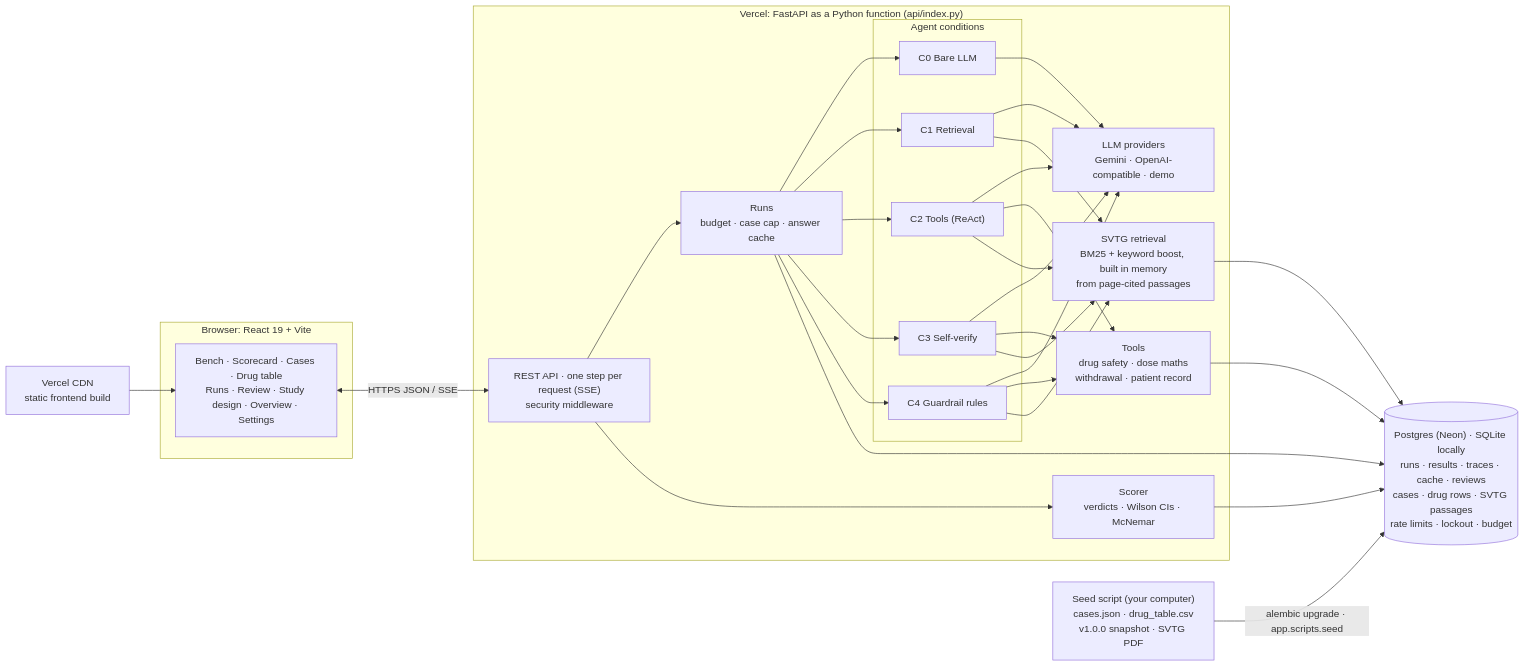
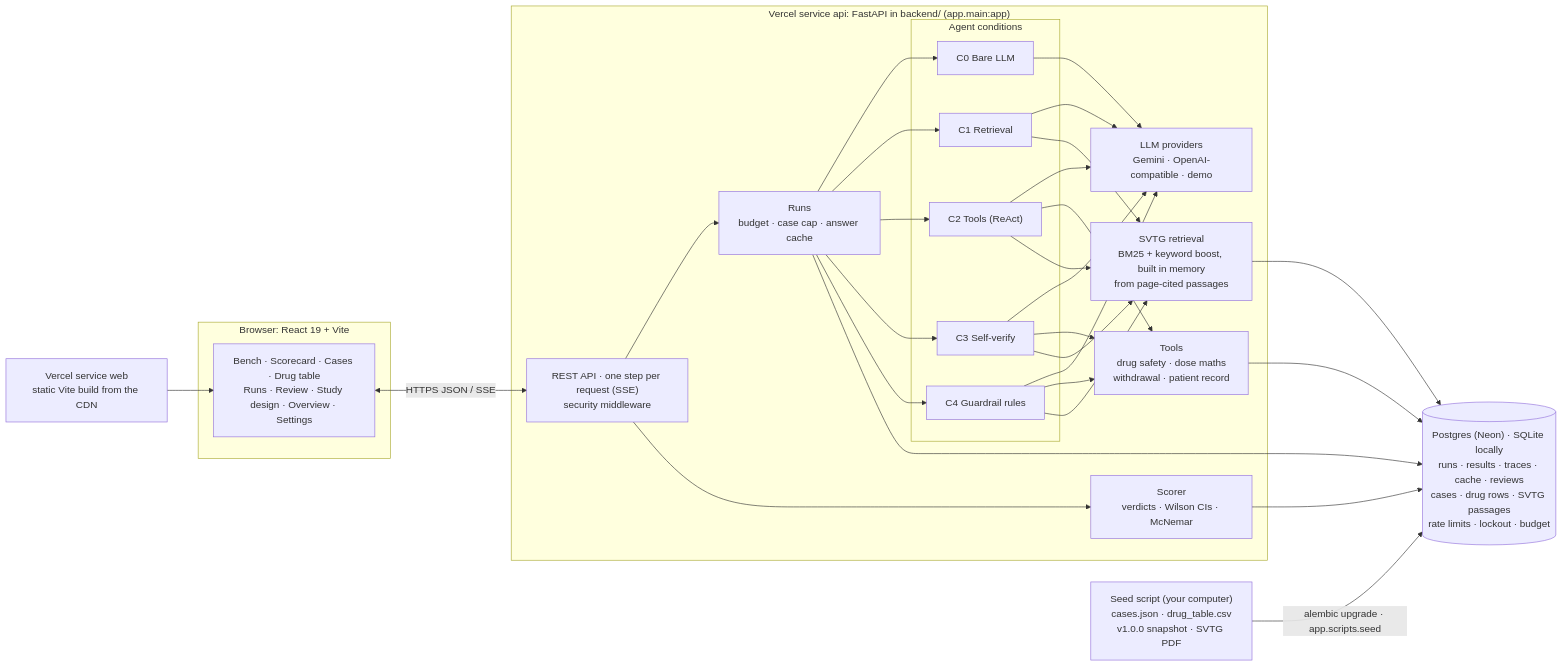
Before and after one commit to Shubhomoy919/VetAgent: the diagram in README.md, drawn with Mermaid. The commit also changed other lines of this file and 13 other files, not shown here.

First line of the commit message:
Deploy with Vercel Services: a web service for the frontend and an api service for FastAPI

````diff
--- a/README.md
+++ b/README.md
@@ -173,40 +173,40 @@
 ```mermaid
 flowchart LR
   subgraph Browser["Browser: React 19 + Vite"]
     UI["Bench · Scorecard · Cases · Drug table<br/>Runs · Review · Study design · Overview · Settings"]
   end
 
-  subgraph Server["Vercel: FastAPI as a Python function (api/index.py)"]
+  subgraph Server["Vercel service api: FastAPI in backend/ (app.main:app)"]
     API["REST API · one step per request (SSE)<br/>security middleware"]
     MGR["Runs<br/>budget · case cap · answer cache"]
     subgraph Agents["Agent conditions"]
       C0["C0 Bare LLM"]
       C1["C1 Retrieval"]
       C2["C2 Tools (ReAct)"]
       C3["C3 Self-verify"]
       C4["C4 Guardrail rules"]
     end
     TOOLS["Tools<br/>drug safety · dose maths<br/>withdrawal · patient record"]
     RET["SVTG retrieval<br/>BM25 + keyword boost, built in memory<br/>from page-cited passages"]
     SCORE["Scorer<br/>verdicts · Wilson CIs · McNemar"]
     LLM["LLM providers<br/>Gemini · OpenAI-compatible · demo"]
   end
 
   DB[("Postgres (Neon) · SQLite locally<br/>runs · results · traces · cache · reviews<br/>cases · drug rows · SVTG passages<br/>rate limits · lockout · budget")]
   SEED["Seed script (your computer)<br/>cases.json · drug_table.csv<br/>v1.0.0 snapshot · SVTG PDF"]
 
-  CDN["Vercel CDN<br/>static frontend build"] --> UI
+  CDN["Vercel service web<br/>static Vite build from the CDN"] --> UI
   UI <-->|"HTTPS JSON / SSE"| API
   API --> MGR
   MGR --> C0 & C1 & C2 & C3 & C4
   C0 & C1 & C2 & C3 & C4 --> LLM
   C1 --> RET
   C2 & C3 & C4 --> TOOLS
   C2 & C3 & C4 --> RET
   TOOLS --> DB
   RET --> DB
   MGR --> DB
   API --> SCORE
   SCORE --> DB
   SEED -->|"alembic upgrade · app.scripts.seed"| DB
 ```
````
